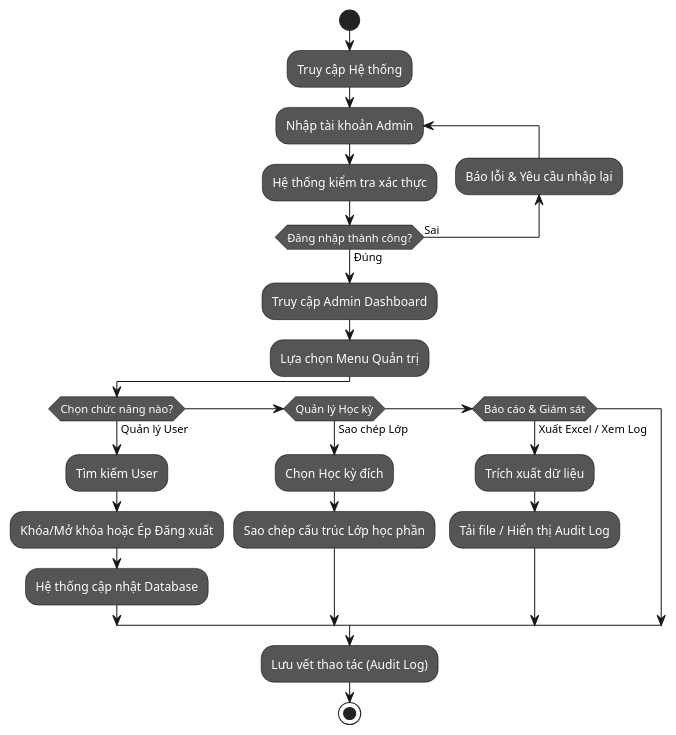
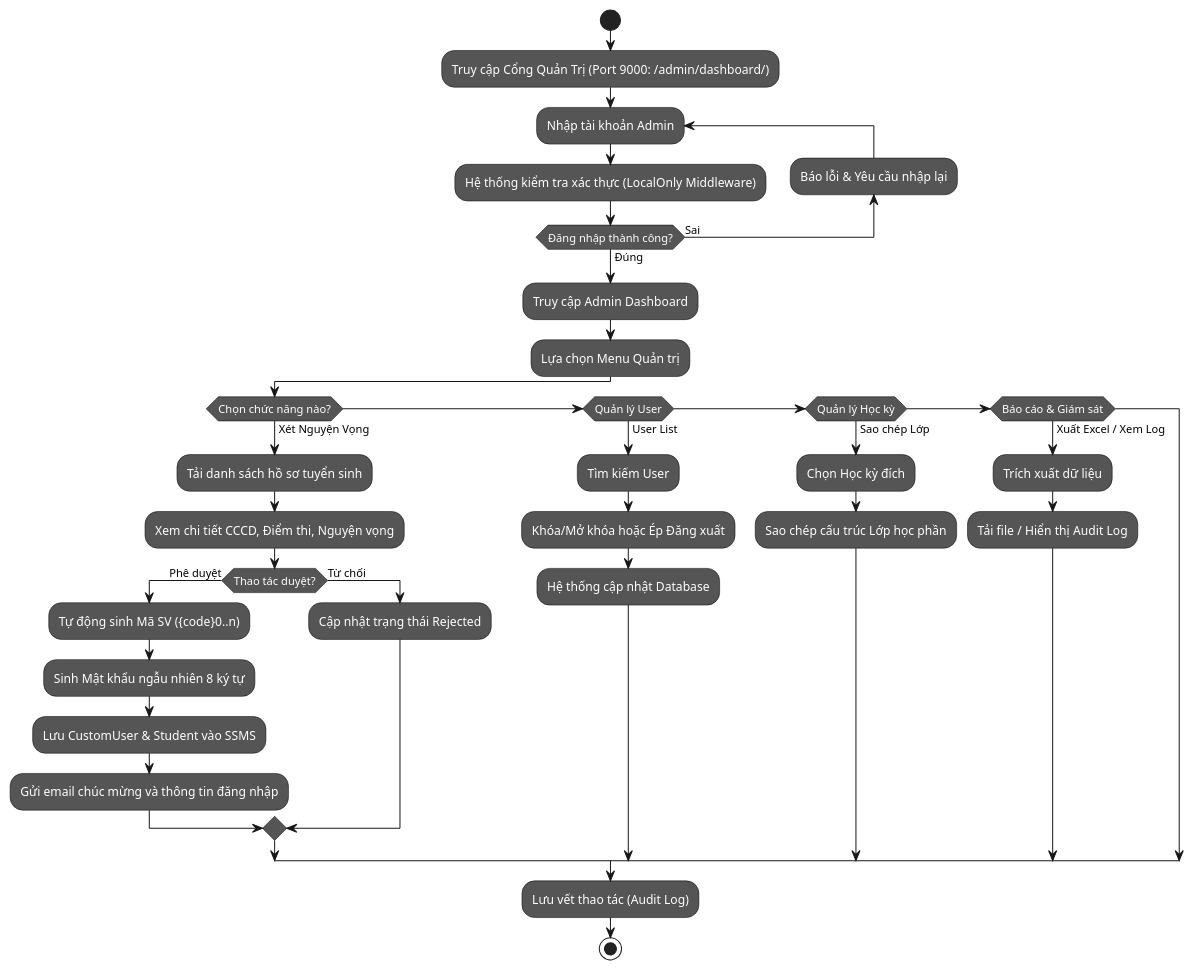
One commit to NguyenHao1312/DO_NGUYEN_HAO-24CT1-CNPM changed the second of 5 diagrams in docs/Diagram.md. Above: the diagram before and after it, drawn with PlantUML. The commit also changed other lines of this file and 28 other files, not shown here.

First line of the commit message:
feat(admission): implement online admission portal, gmail otp, student id issuance & password change flow

````diff
--- a/docs/Diagram.md
+++ b/docs/Diagram.md
@@ -157,37 +191,48 @@
 ```plantuml
 @startuml
 skinparam activity {
   BackgroundColor #555555
   FontColor White
   BorderColor Black
 }
 skinparam activityDiamond {
   BackgroundColor #555555
   FontColor White
   BorderColor Black
 }
 start
-:Truy cập Hệ thống;
+:Truy cập Cổng Quản Trị (Port 9000: /admin/dashboard/);
 repeat :Nhập tài khoản Admin;
-  :Hệ thống kiểm tra xác thực;
+  :Hệ thống kiểm tra xác thực (LocalOnly Middleware);
 backward:Báo lỗi & Yêu cầu nhập lại;
 repeat while (Đăng nhập thành công?) is (Sai) not (Đúng)
 
 :Truy cập Admin Dashboard;
 :Lựa chọn Menu Quản trị;
 
-if (Chọn chức năng nào?) then (Quản lý User)
+if (Chọn chức năng nào?) then (Xét Nguyện Vọng)
+  :Tải danh sách hồ sơ tuyển sinh;
+  :Xem chi tiết CCCD, Điểm thi, Nguyện vọng;
+  if (Thao tác duyệt?) then (Phê duyệt)
+    :Tự động sinh Mã SV ({code}0..n);
+    :Sinh Mật khẩu ngẫu nhiên 8 ký tự;
+    :Lưu CustomUser & Student vào SSMS;
+    :Gửi email chúc mừng và thông tin đăng nhập;
+  else (Từ chối)
+    :Cập nhật trạng thái Rejected;
+  endif
+elseif (Quản lý User) then (User List)
   :Tìm kiếm User;
   :Khóa/Mở khóa hoặc Ép Đăng xuất;
   :Hệ thống cập nhật Database;
 elseif (Quản lý Học kỳ) then (Sao chép Lớp)
   :Chọn Học kỳ đích;
   :Sao chép cấu trúc Lớp học phần;
 elseif (Báo cáo & Giám sát) then (Xuất Excel / Xem Log)
   :Trích xuất dữ liệu;
   :Tải file / Hiển thị Audit Log;
 endif
 :Lưu vết thao tác (Audit Log);
 stop
 @enduml
 ```
````
